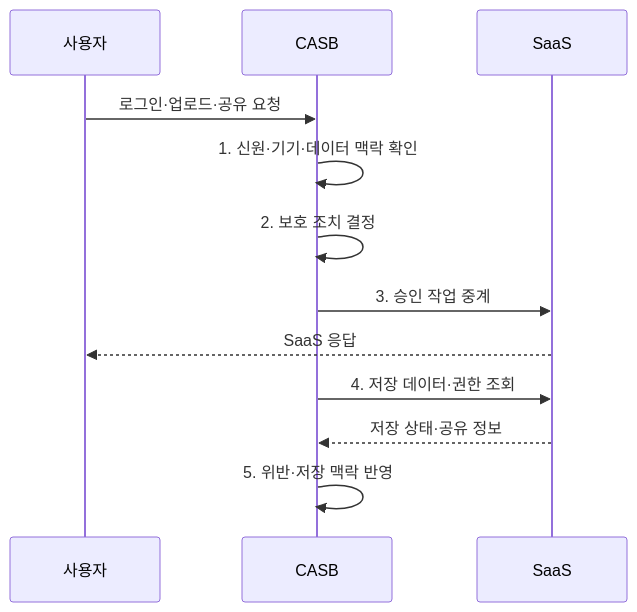
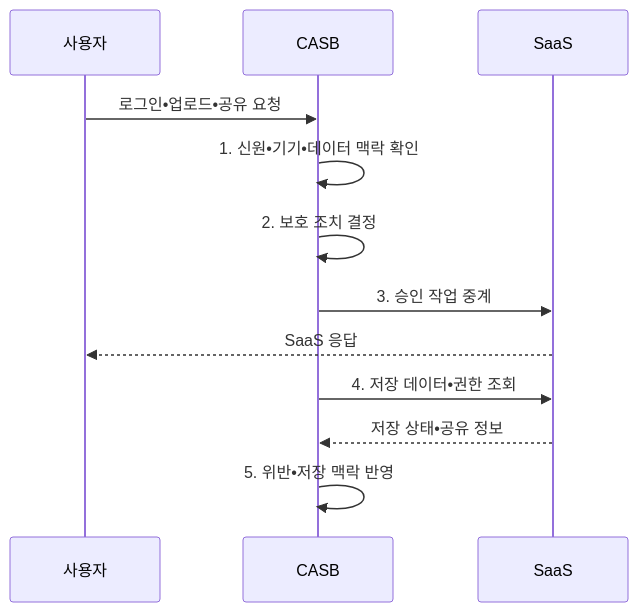
One commit to agnusdei1207/knowledge-base changed the second of 2 diagrams in src/content/docs/notes/05-security/072_casb.md. Above: the diagram before and after it, drawn with Mermaid. The commit also changed other lines of this file and 953 other files, not shown here.

````diff
--- a/src/content/docs/notes/05-security/072_casb.md
+++ b/src/content/docs/notes/05-security/072_casb.md
@@ -99,14 +99,14 @@
 ```mermaid
 sequenceDiagram
     participant U as 사용자
     participant P as CASB
     participant S as SaaS
-    U->>P: 로그인·업로드·공유 요청
-    P->>P: 1. 신원·기기·데이터 맥락 확인
+    U->>P: 로그인•업로드•공유 요청
+    P->>P: 1. 신원•기기•데이터 맥락 확인
     P->>P: 2. 보호 조치 결정
     P->>S: 3. 승인 작업 중계
     S-->>U: SaaS 응답
-    P->>S: 4. 저장 데이터·권한 조회
-    S-->>P: 저장 상태·공유 정보
-    P->>P: 5. 위반·저장 맥락 반영
+    P->>S: 4. 저장 데이터•권한 조회
+    S-->>P: 저장 상태•공유 정보
+    P->>P: 5. 위반•저장 맥락 반영
 ```
````
